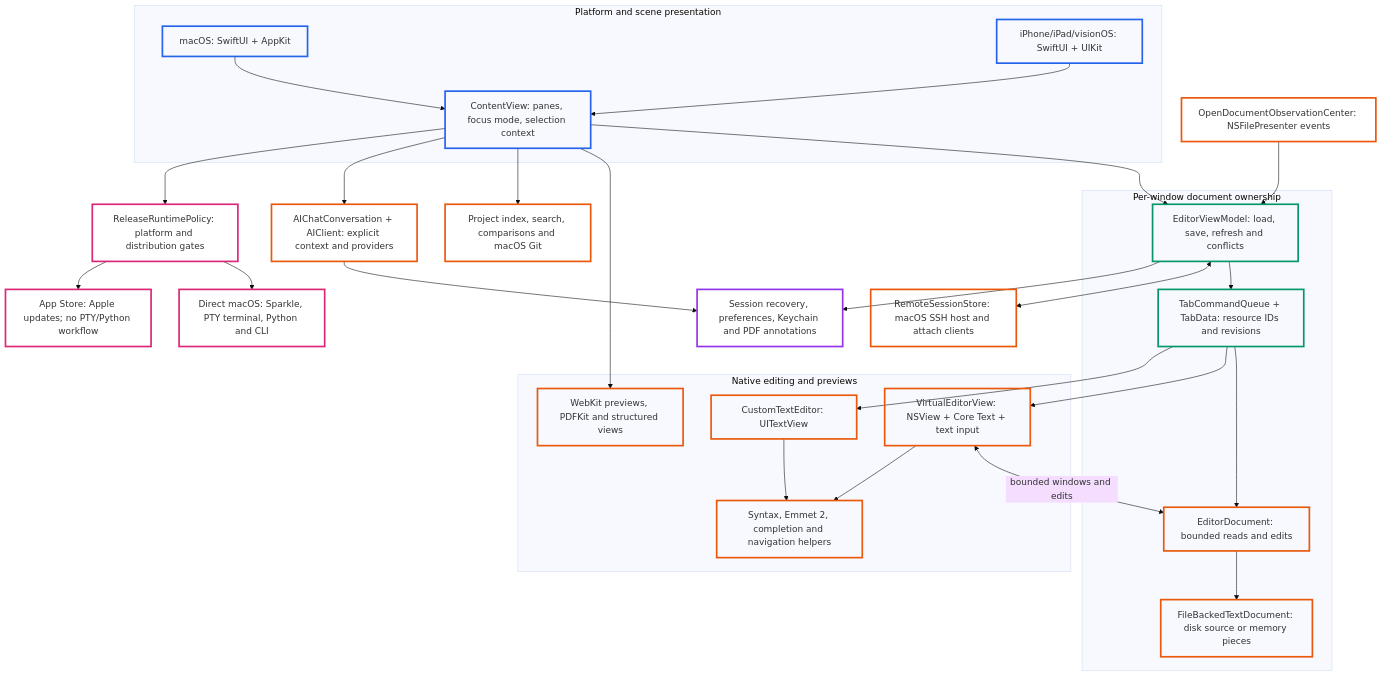
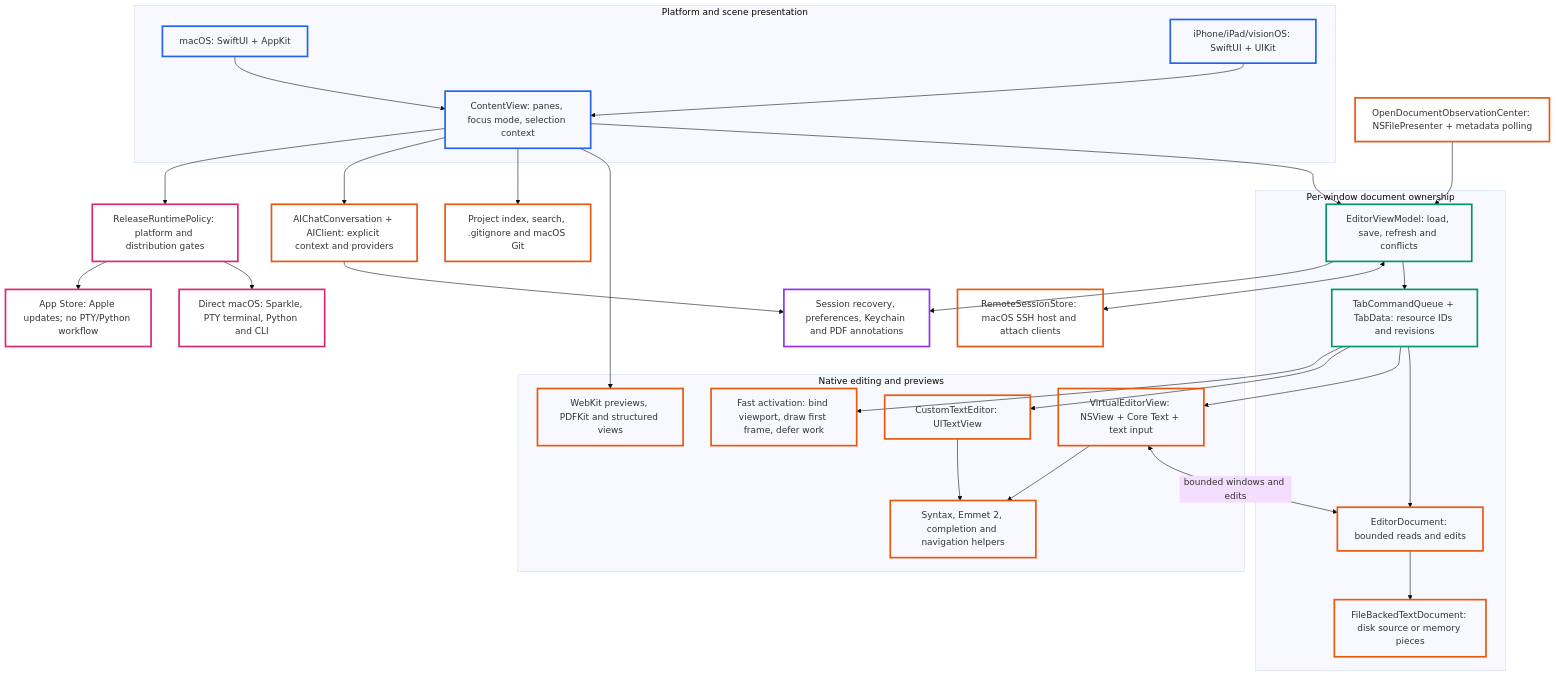
Before and after one commit to h3pdesign/Neon-Vision-Editor: the first of 2 diagrams in README.md, drawn with Mermaid (base theme). The commit also changed other lines of this file and 2 other files, not shown here.

Commit message:
docs: update architecture at a glance diagram

````diff
--- a/README.md
+++ b/README.md
@@ -459,62 +461,64 @@
 ```mermaid
 flowchart TB
   subgraph PLATFORM[Platform and scene presentation]
     MAC["macOS: SwiftUI + AppKit"]
     TOUCH["iPhone/iPad/visionOS: SwiftUI + UIKit"]
     SCENE["ContentView: panes, focus mode, selection context"]
   end
 
   subgraph DOCUMENTS[Per-window document ownership]
     VM["EditorViewModel: load, save, refresh and conflicts"]
     TABS["TabCommandQueue + TabData: resource IDs and revisions"]
     DOC["EditorDocument: bounded reads and edits"]
     STORAGE["FileBackedTextDocument: disk source or memory pieces"]
   end
 
   subgraph RENDERING[Native editing and previews]
     MACVIEW["VirtualEditorView: NSView + Core Text + text input"]
     UIKITTEXT["CustomTextEditor: UITextView"]
     EDITING["Syntax, Emmet 2, completion and navigation helpers"]
     PREVIEW["WebKit previews, PDFKit and structured views"]
+    FAST["Fast activation: bind viewport, draw first frame, defer work"]
   end
 
-  OBS["OpenDocumentObservationCenter: NSFilePresenter events"]
-  PROJECT["Project index, search, comparisons and macOS Git"]
+  OBS["OpenDocumentObservationCenter: NSFilePresenter + metadata polling"]
+  PROJECT["Project index, search, .gitignore and macOS Git"]
   AI["AIChatConversation + AIClient: explicit context and providers"]
   REMOTE["RemoteSessionStore: macOS SSH host and attach clients"]
   INFRA["Session recovery, preferences, Keychain and PDF annotations"]
   POLICY["ReleaseRuntimePolicy: platform and distribution gates"]
   DIRECT["Direct macOS: Sparkle, PTY terminal, Python and CLI"]
   STORE["App Store: Apple updates; no PTY/Python workflow"]
 
   MAC --> SCENE
   TOUCH --> SCENE
   SCENE --> VM --> TABS --> DOC --> STORAGE
   OBS --> VM
   TABS --> MACVIEW
   TABS --> UIKITTEXT
+  TABS --> FAST
   MACVIEW <-->|bounded windows and edits| DOC
   MACVIEW --> EDITING
   UIKITTEXT --> EDITING
   SCENE --> PREVIEW
   SCENE --> PROJECT
   SCENE --> AI
   VM <--> REMOTE
   VM --> INFRA
   AI --> INFRA
   SCENE --> POLICY
   POLICY --> DIRECT
   POLICY --> STORE
 
   classDef platform stroke:#2563EB,stroke-width:3px,fill:transparent;
   classDef app stroke:#059669,stroke-width:3px,fill:transparent;
   classDef core stroke:#EA580C,stroke-width:3px,fill:transparent;
   classDef infra stroke:#9333EA,stroke-width:3px,fill:transparent;
   classDef distribution stroke:#DB2777,stroke-width:3px,fill:transparent;
 
   class MAC,TOUCH,SCENE platform;
   class VM,TABS app;
-  class DOC,STORAGE,OBS,MACVIEW,UIKITTEXT,EDITING,PREVIEW,PROJECT,AI,REMOTE core;
+  class DOC,STORAGE,OBS,MACVIEW,UIKITTEXT,EDITING,PREVIEW,FAST,PROJECT,AI,REMOTE core;
   class INFRA infra;
   class POLICY,DIRECT,STORE distribution;
 ```
````
